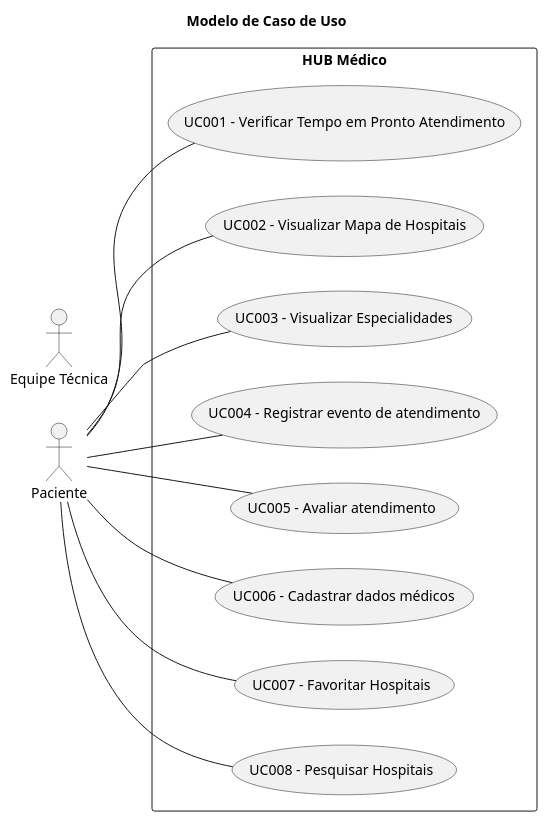
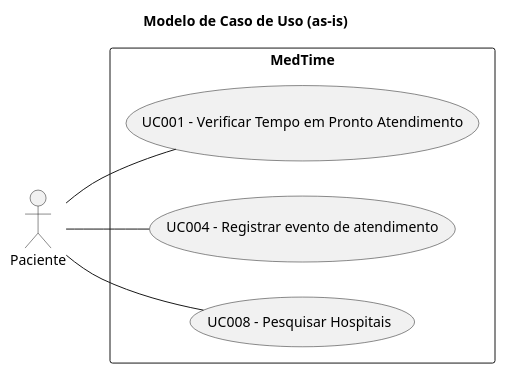
The first of 2 diagrams in docs/Diagrama_casos_uso.md (PurpleLobster31/Erro404_LabEngSoftw_06N), drawn with PlantUML before and after one commit. The commit also changed other lines of this file and 8 other files, not shown here.

````diff
--- a/docs/Diagrama_casos_uso.md
+++ b/docs/Diagrama_casos_uso.md
@@ -15,21 +14,14 @@
 ```plantuml
 @startuml
-
 left to right direction
-title Modelo de Caso de Uso
+title Modelo de Caso de Uso (as-is)
 
 Actor "Paciente" as pc
-Actor "Equipe Técnica" as et
 
-rectangle "HUB Médico" {
+rectangle "MedTime" {
     pc -- (UC001 - Verificar Tempo em Pronto Atendimento)
-    pc -- (UC002 - Visualizar Mapa de Hospitais)
-    pc -- (UC003 - Visualizar Especialidades)
     pc -- (UC004 - Registrar evento de atendimento)
-    pc -- (UC005 - Avaliar atendimento)
-    pc -- (UC006 - Cadastrar dados médicos)
-    pc -- (UC007 - Favoritar Hospitais)
     pc -- (UC008 - Pesquisar Hospitais)
 }
 @enduml
 ```
````
